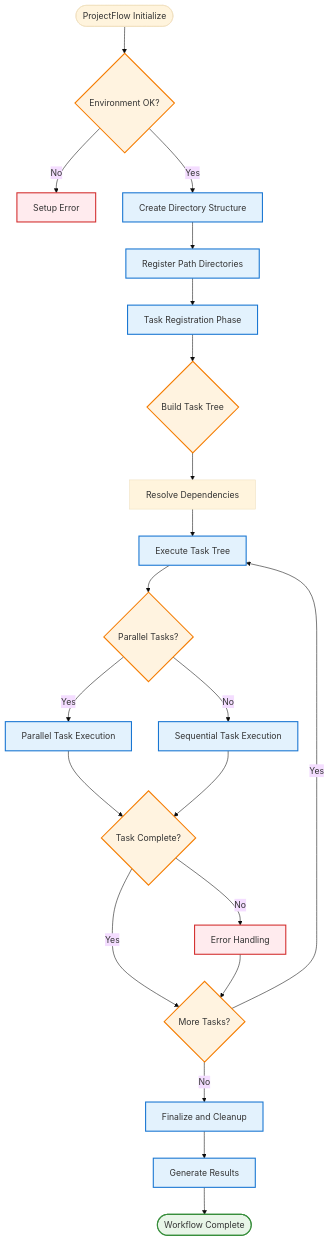
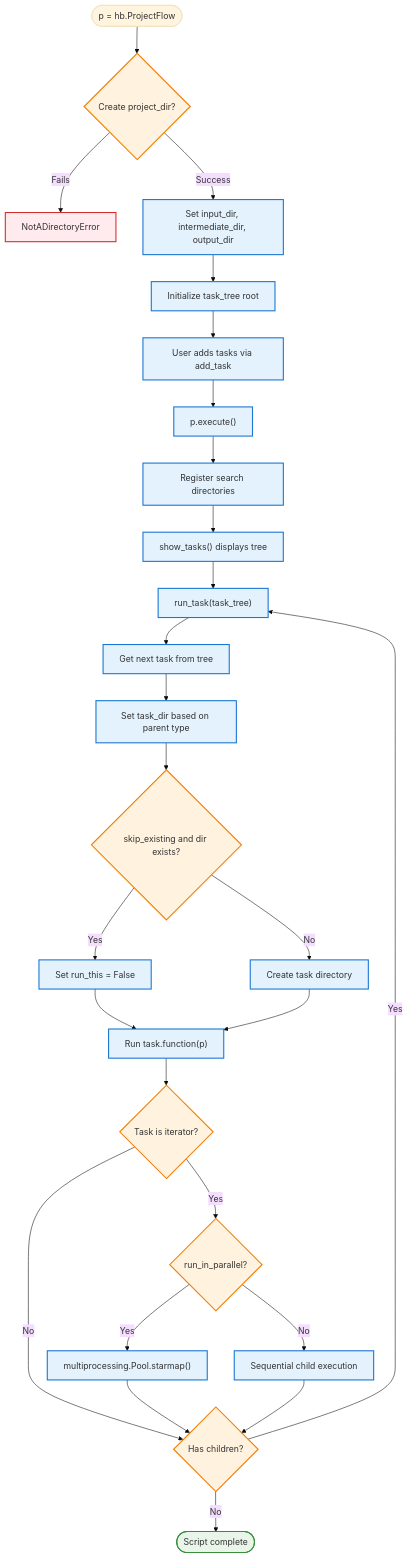
Before and after one commit to jandrewjohnson/hazelbean_dev: the second of 2 diagrams in docs-site/quarto-docs/educational/index.qmd, drawn with Mermaid (base theme). The commit also changed other lines of this file and 113 other files, not shown here.

````diff
--- a/docs-site/quarto-docs/educational/index.qmd
+++ b/docs-site/quarto-docs/educational/index.qmd
@@ -56,41 +56,48 @@
 ```{mermaid}
 flowchart TD
-    Start([ProjectFlow Initialize]) --> SetupCheck{Environment OK?}
-    SetupCheck -->|No| Error[Setup Error]
-    SetupCheck -->|Yes| CreateDirs[Create Directory Structure]
-    
-    CreateDirs --> RegisterPaths[Register Path Directories]
-    RegisterPaths --> TaskRegistration[Task Registration Phase]
-    
-    TaskRegistration --> TaskTree{Build Task Tree}
-    TaskTree --> TaskDeps[Resolve Dependencies]
-    TaskDeps --> TaskExecution[Execute Task Tree]
-    
-    TaskExecution --> ParallelCheck{Parallel Tasks?}
-    ParallelCheck -->|Yes| ParallelExec[Parallel Task Execution]
-    ParallelCheck -->|No| SerialExec[Sequential Task Execution]
-    
-    ParallelExec --> TaskComplete
-    SerialExec --> TaskComplete{Task Complete?}
-    
-    TaskComplete -->|No| ErrorHandle[Error Handling]
-    TaskComplete -->|Yes| NextTask{More Tasks?}
-    
-    ErrorHandle --> NextTask
-    NextTask -->|Yes| TaskExecution
-    NextTask -->|No| Finalize[Finalize and Cleanup]
-    
-    Finalize --> Results[Generate Results]
-    Results --> Complete([Workflow Complete])
-    
+    Start([p = hb.ProjectFlow]) --> CreateDir{"Create project_dir?"}
+    CreateDir -->|Fails| Error[NotADirectoryError]
+    CreateDir -->|Success| SetupDirs["Set input_dir, intermediate_dir, output_dir"]
+
+    SetupDirs --> InitTree["Initialize task_tree root"]
+    InitTree --> UserTasks[User adds tasks via add_task]
+
+    UserTasks --> Execute["p.execute()"]
+    Execute --> RegisterDirs["Register search directories"]
+    RegisterDirs --> ShowTasks["show_tasks() displays tree"]
+    ShowTasks --> RunTask["run_task(task_tree)"]
+
+    RunTask --> GetTask["Get next task from tree"]
+    GetTask --> SetTaskDir["Set task_dir based on parent type"]
+    SetTaskDir --> CheckSkip{"skip_existing and dir exists?"}
+
+    CheckSkip -->|Yes| SkipRun["Set run_this = False"]
+    CheckSkip -->|No| CreateTaskDir["Create task directory"]
+
+    SkipRun --> RunFunc
+    CreateTaskDir --> RunFunc["Run task.function(p)"]
+
+    RunFunc --> IsIterator{"Task is iterator?"}
+    IsIterator -->|Yes| CheckParallel{"run_in_parallel?"}
+    IsIterator -->|No| HasChildren{"Has children?"}
+
+    CheckParallel -->|Yes| ParallelExec["multiprocessing.Pool.starmap()"]
+    CheckParallel -->|No| SeqExec["Sequential child execution"]
+
+    ParallelExec --> HasChildren
+    SeqExec --> HasChildren
+
+    HasChildren -->|Yes| RunTask
+    HasChildren -->|No| Complete([Script complete])
+
     %% Styling
     classDef process fill:#e3f2fd,stroke:#1976d2,stroke-width:2px
     classDef decision fill:#fff3e0,stroke:#f57c00,stroke-width:2px
     classDef error fill:#ffebee,stroke:#d32f2f,stroke-width:2px
     classDef success fill:#e8f5e8,stroke:#388e3c,stroke-width:2px
-    
-    class CreateDirs,RegisterPaths,TaskRegistration,TaskExecution,ParallelExec,SerialExec,Finalize,Results process
-    class SetupCheck,TaskTree,ParallelCheck,TaskComplete,NextTask decision
-    class Error,ErrorHandle error
+
+    class SetupDirs,InitTree,UserTasks,Execute,RegisterDirs,ShowTasks,RunTask,GetTask,SetTaskDir,CreateTaskDir,RunFunc,ParallelExec,SeqExec,SkipRun process
+    class CreateDir,CheckSkip,IsIterator,CheckParallel,HasChildren decision
+    class Error error
     class Complete success
 ```
````
